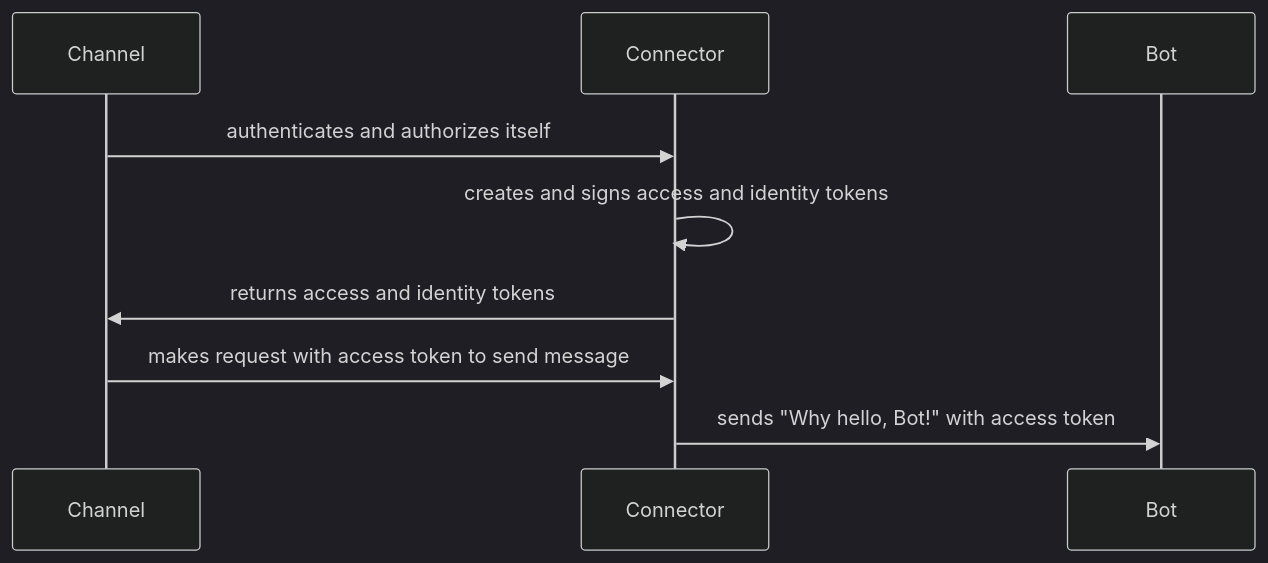
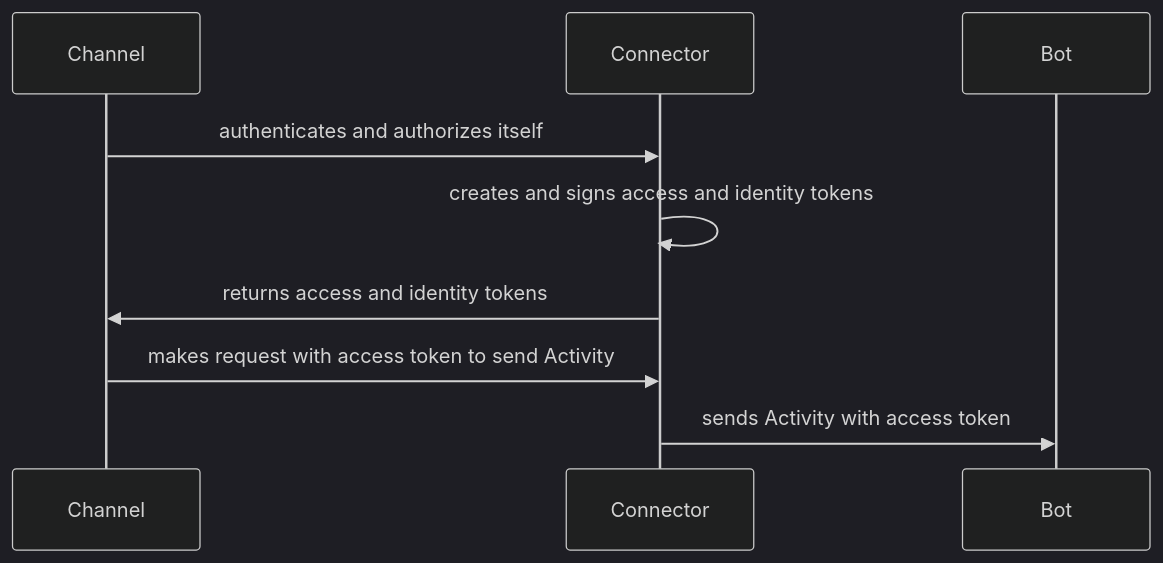
One commit to Zerryth/Mermaid changed the fourth of 5 diagrams in Authentication/AuthArchitectureInBotFramework/ChannelToBot/README.md. Above: the diagram before and after it, drawn with Mermaid (dark theme). The commit also changed other lines of this file and 1 other file, not shown here.

Commit message:
Public and private RSA keys diagrams added

````diff
--- a/Authentication/AuthArchitectureInBotFramework/ChannelToBot/README.md
+++ b/Authentication/AuthArchitectureInBotFramework/ChannelToBot/README.md
@@ -42,13 +45,13 @@
 ```mermaid
     sequenceDiagram
         participant Channel
         participant Connector
         participant Bot
 
         Channel ->> Connector: authenticates and authorizes itself
         Connector ->> Connector: creates and signs access and identity tokens
         Connector ->> Channel: returns access and identity tokens
-        Channel ->> Connector: makes request with access token to send message
-        Connector ->> Bot: sends "Why hello, Bot!" with access token
+        Channel ->> Connector: makes request with access token to send Activity
+        Connector ->> Bot: sends Activity with access token
 
 ```
````
